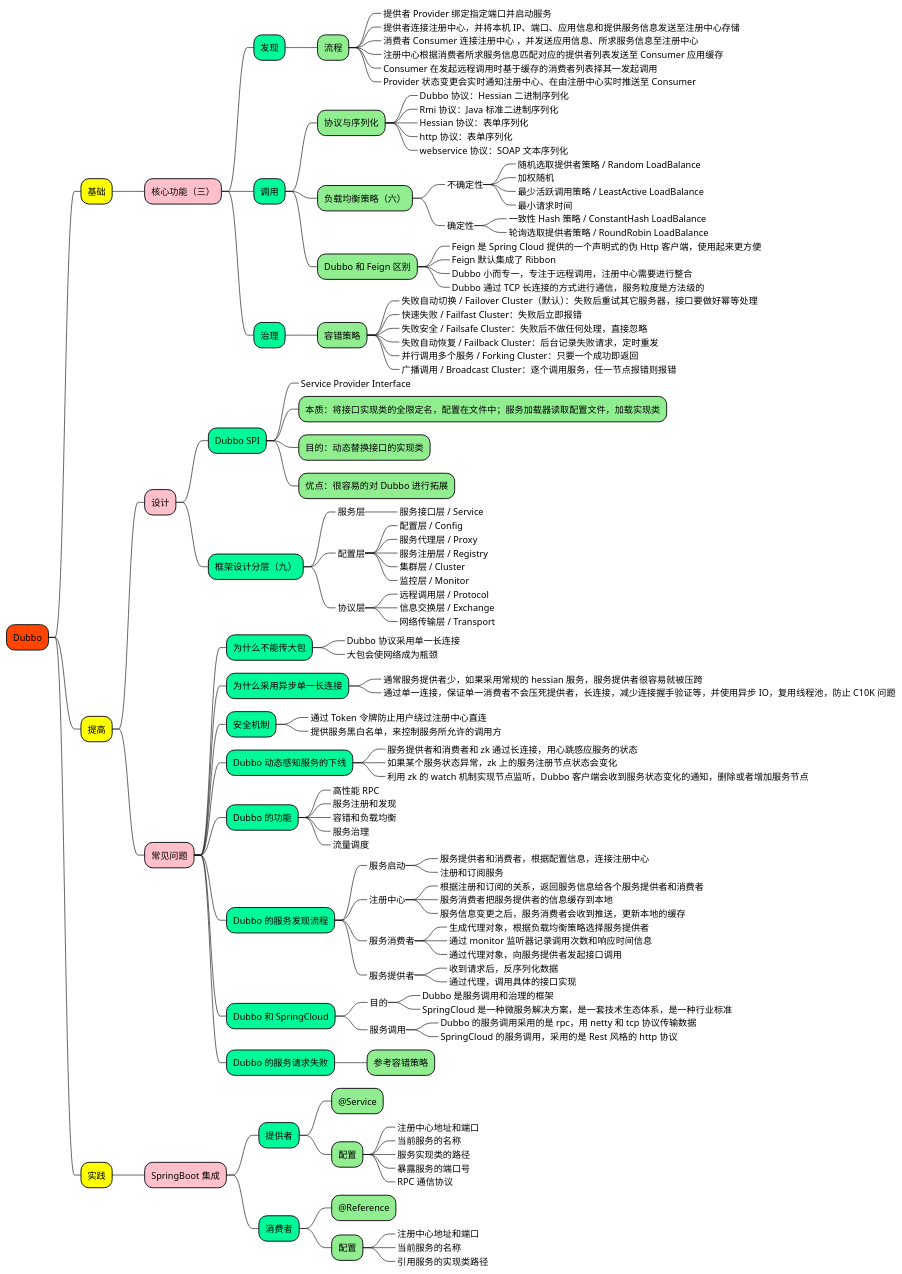
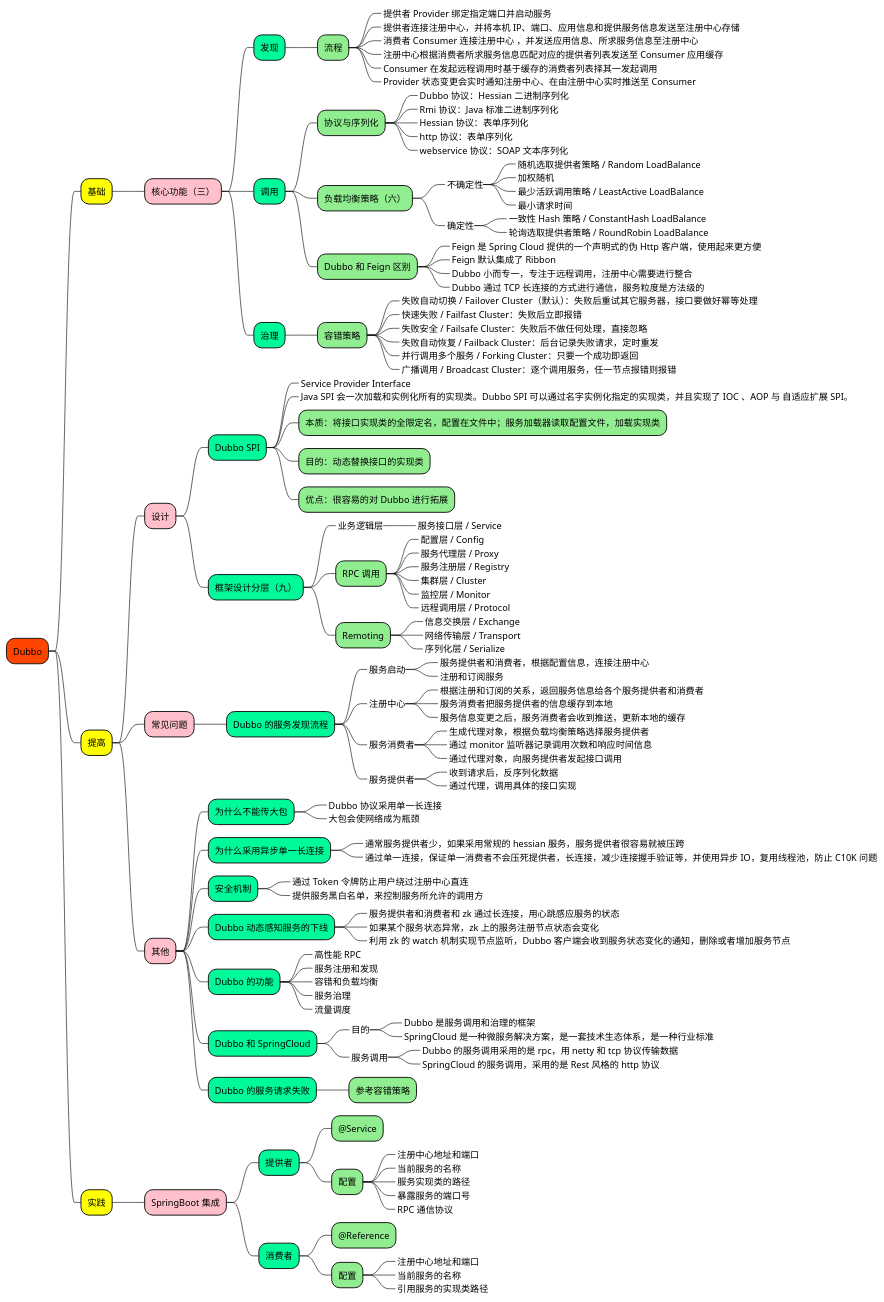
The diagram in 1_map/2-framework/Dubbo.puml (doveg/self-cultivation-of-a-software-engineer), drawn with PlantUML before and after one commit. The commit also changed 15 other files, not shown here.

```diff
--- a/1_map/2-framework/Dubbo.puml
+++ b/1_map/2-framework/Dubbo.puml
@@ -1,155 +1,164 @@
 @startmindmap
 
 +[#OrangeRed] Dubbo
 
 ++[#yellow] 基础
 
 +++[#Pink] 核心功能（三）
 
 ++++[#MediumSpringGreen] 发现
 
 +++++[#LightGreen] 流程
 ++++++[#Aquamarine]_ 提供者 Provider 绑定指定端口并启动服务
 ++++++[#Aquamarine]_ 提供者连接注册中心，并将本机 IP、端口、应用信息和提供服务信息发送至注册中心存储
 ++++++[#Aquamarine]_ 消费者 Consumer 连接注册中心 ，并发送应用信息、所求服务信息至注册中心
 ++++++[#Aquamarine]_ 注册中心根据消费者所求服务信息匹配对应的提供者列表发送至 Consumer 应用缓存
 ++++++[#Aquamarine]_ Consumer 在发起远程调用时基于缓存的消费者列表择其一发起调用
 ++++++[#Aquamarine]_ Provider 状态变更会实时通知注册中心、在由注册中心实时推送至 Consumer
 
 ++++[#MediumSpringGreen] 调用
 
 +++++[#LightGreen] 协议与序列化
 ++++++[#Aquamarine]_ Dubbo 协议：Hessian 二进制序列化
 ++++++[#Aquamarine]_ Rmi 协议：Java 标准二进制序列化
 ++++++[#Aquamarine]_ Hessian 协议：表单序列化
 ++++++[#Aquamarine]_ http 协议：表单序列化
 ++++++[#Aquamarine]_ webservice 协议：SOAP 文本序列化
 
 +++++[#LightGreen] 负载均衡策略（六）
 ++++++[#Aquamarine]_ 不确定性
 +++++++[#Aquamarine]_ 随机选取提供者策略 / Random LoadBalance
 +++++++[#Aquamarine]_ 加权随机
 +++++++[#Aquamarine]_ 最少活跃调用策略 / LeastActive LoadBalance
 +++++++[#Aquamarine]_ 最小请求时间
 ++++++[#Aquamarine]_ 确定性
 +++++++[#Aquamarine]_ 一致性 Hash 策略 / ConstantHash LoadBalance
 +++++++[#Aquamarine]_ 轮询选取提供者策略 / RoundRobin LoadBalance
 
 +++++[#LightGreen] Dubbo 和 Feign 区别
 ++++++[#Aquamarine]_ Feign 是 Spring Cloud 提供的一个声明式的伪 Http 客户端，使用起来更方便
 ++++++[#Aquamarine]_ Feign 默认集成了 Ribbon
 ++++++[#Aquamarine]_ Dubbo 小而专一，专注于远程调用，注册中心需要进行整合
 ++++++[#Aquamarine]_ Dubbo 通过 TCP 长连接的方式进行通信，服务粒度是方法级的
 
 ++++[#MediumSpringGreen] 治理
 
 +++++[#LightGreen] 容错策略
 ++++++[#Aquamarine]_ 失败自动切换 / Failover Cluster（默认）：失败后重试其它服务器，接口要做好幂等处理
 ++++++[#Aquamarine]_ 快速失败 / Failfast Cluster：失败后立即报错
 ++++++[#Aquamarine]_ 失败安全 / Failsafe Cluster：失败后不做任何处理，直接忽略
 ++++++[#Aquamarine]_ 失败自动恢复 / Failback Cluster：后台记录失败请求，定时重发
 ++++++[#Aquamarine]_ 并行调用多个服务 / Forking Cluster：只要一个成功即返回
 ++++++[#Aquamarine]_ 广播调用 / Broadcast Cluster：逐个调用服务，任一节点报错则报错
 
 
 
 ++[#yellow] 提高
 
 +++[#Pink] 设计
 
 ++++[#MediumSpringGreen] Dubbo SPI
 +++++[#LightGreen]_ Service Provider Interface
++++++[#LightGreen]_ Java SPI 会一次加载和实例化所有的实现类。Dubbo SPI 可以通过名字实例化指定的实现类，并且实现了 IOC 、AOP 与 自适应扩展 SPI。
 +++++[#LightGreen] 本质：将接口实现类的全限定名，配置在文件中；服务加载器读取配置文件，加载实现类
 +++++[#LightGreen] 目的：动态替换接口的实现类
 +++++[#LightGreen] 优点：很容易的对 Dubbo 进行拓展
 
 ++++[#MediumSpringGreen] 框架设计分层（九）
-+++++[#LightGreen]_ 服务层
++++++[#LightGreen]_ 业务逻辑层
 ++++++[#Aquamarine]_ 服务接口层 / Service
-+++++[#LightGreen]_ 配置层
++++++[#LightGreen] RPC 调用
 ++++++[#Aquamarine]_ 配置层 / Config
 ++++++[#Aquamarine]_ 服务代理层 / Proxy
 ++++++[#Aquamarine]_ 服务注册层 / Registry
 ++++++[#Aquamarine]_ 集群层 / Cluster
 ++++++[#Aquamarine]_ 监控层 / Monitor
-+++++[#LightGreen]_ 协议层
 ++++++[#Aquamarine]_ 远程调用层 / Protocol
++++++[#LightGreen] Remoting
 ++++++[#Aquamarine]_ 信息交换层 / Exchange
 ++++++[#Aquamarine]_ 网络传输层 / Transport
+++++++[#Aquamarine]_ 序列化层 / Serialize
 
 
 +++[#Pink] 常见问题
+
+++++[#MediumSpringGreen] Dubbo 的服务发现流程
++++++[#LightGreen]_ 服务启动
+++++++[#Aquamarine]_ 服务提供者和消费者，根据配置信息，连接注册中心
+++++++[#Aquamarine]_ 注册和订阅服务
++++++[#LightGreen]_ 注册中心
+++++++[#Aquamarine]_ 根据注册和订阅的关系，返回服务信息给各个服务提供者和消费者
+++++++[#Aquamarine]_ 服务消费者把服务提供者的信息缓存到本地
+++++++[#Aquamarine]_ 服务信息变更之后，服务消费者会收到推送，更新本地的缓存
++++++[#LightGreen]_ 服务消费者
+++++++[#Aquamarine]_ 生成代理对象，根据负载均衡策略选择服务提供者
+++++++[#Aquamarine]_ 通过 monitor 监听器记录调用次数和响应时间信息
+++++++[#Aquamarine]_ 通过代理对象，向服务提供者发起接口调用
++++++[#LightGreen]_ 服务提供者
+++++++[#Aquamarine]_ 收到请求后，反序列化数据
+++++++[#Aquamarine]_ 通过代理，调用具体的接口实现
+
+
++++[#Pink] 其他
 
 ++++[#MediumSpringGreen] 为什么不能传大包
 +++++[#LightGreen]_ Dubbo 协议采用单一长连接
 +++++[#LightGreen]_ 大包会使网络成为瓶颈
 ++++[#MediumSpringGreen] 为什么采用异步单一长连接
 +++++[#LightGreen]_ 通常服务提供者少，如果采用常规的 hessian 服务，服务提供者很容易就被压跨
 +++++[#LightGreen]_ 通过单一连接，保证单一消费者不会压死提供者，长连接，减少连接握手验证等，并使用异步 IO，复用线程池，防止 C10K 问题
 
 ++++[#MediumSpringGreen] 安全机制
 +++++[#LightGreen]_ 通过 Token 令牌防止用户绕过注册中心直连
 +++++[#LightGreen]_ 提供服务黑白名单，来控制服务所允许的调用方
 
 ++++[#MediumSpringGreen] Dubbo 动态感知服务的下线
 +++++[#LightGreen]_ 服务提供者和消费者和 zk 通过长连接，用心跳感应服务的状态
 +++++[#LightGreen]_ 如果某个服务状态异常，zk 上的服务注册节点状态会变化
 +++++[#LightGreen]_ 利用 zk 的 watch 机制实现节点监听，Dubbo 客户端会收到服务状态变化的通知，删除或者增加服务节点
 
 ++++[#MediumSpringGreen] Dubbo 的功能
 +++++[#LightGreen]_ 高性能 RPC
 +++++[#LightGreen]_ 服务注册和发现
 +++++[#LightGreen]_ 容错和负载均衡
 +++++[#LightGreen]_ 服务治理
 +++++[#LightGreen]_ 流量调度
-
-++++[#MediumSpringGreen] Dubbo 的服务发现流程
-+++++[#LightGreen]_ 服务启动
-++++++[#Aquamarine]_ 服务提供者和消费者，根据配置信息，连接注册中心
-++++++[#Aquamarine]_ 注册和订阅服务
-+++++[#LightGreen]_ 注册中心
-++++++[#Aquamarine]_ 根据注册和订阅的关系，返回服务信息给各个服务提供者和消费者
-++++++[#Aquamarine]_ 服务消费者把服务提供者的信息缓存到本地
-++++++[#Aquamarine]_ 服务信息变更之后，服务消费者会收到推送，更新本地的缓存
-+++++[#LightGreen]_ 服务消费者
-++++++[#Aquamarine]_ 生成代理对象，根据负载均衡策略选择服务提供者
-++++++[#Aquamarine]_ 通过 monitor 监听器记录调用次数和响应时间信息
-++++++[#Aquamarine]_ 通过代理对象，向服务提供者发起接口调用
-+++++[#LightGreen]_ 服务提供者
-++++++[#Aquamarine]_ 收到请求后，反序列化数据
-++++++[#Aquamarine]_ 通过代理，调用具体的接口实现
 
 ++++[#MediumSpringGreen] Dubbo 和 SpringCloud
 +++++[#LightGreen]_ 目的
 ++++++[#Aquamarine]_ Dubbo 是服务调用和治理的框架
 ++++++[#Aquamarine]_ SpringCloud 是一种微服务解决方案，是一套技术生态体系，是一种行业标准
 +++++[#LightGreen]_ 服务调用
 ++++++[#Aquamarine]_ Dubbo 的服务调用采用的是 rpc，用 netty 和 tcp 协议传输数据
 ++++++[#Aquamarine]_ SpringCloud 的服务调用，采用的是 Rest 风格的 http 协议
 
 ++++[#MediumSpringGreen] Dubbo 的服务请求失败
 +++++[#LightGreen] 参考容错策略
 
 
 ++[#yellow] 实践
 
 +++[#Pink] SpringBoot 集成
 
 ++++[#MediumSpringGreen] 提供者
 +++++[#LightGreen] @Service
 +++++[#LightGreen] 配置
 ++++++[#Aquamarine]_ 注册中心地址和端口
 ++++++[#Aquamarine]_ 当前服务的名称
 ++++++[#Aquamarine]_ 服务实现类的路径
 ++++++[#Aquamarine]_ 暴露服务的端口号
 ++++++[#Aquamarine]_ RPC 通信协议
 
 ++++[#MediumSpringGreen] 消费者
 +++++[#LightGreen] @Reference
 +++++[#LightGreen] 配置
 ++++++[#Aquamarine]_ 注册中心地址和端口
 ++++++[#Aquamarine]_ 当前服务的名称
 ++++++[#Aquamarine]_ 引用服务的实现类路径
 
 
+
+
+
+
 @endmindmap
```
